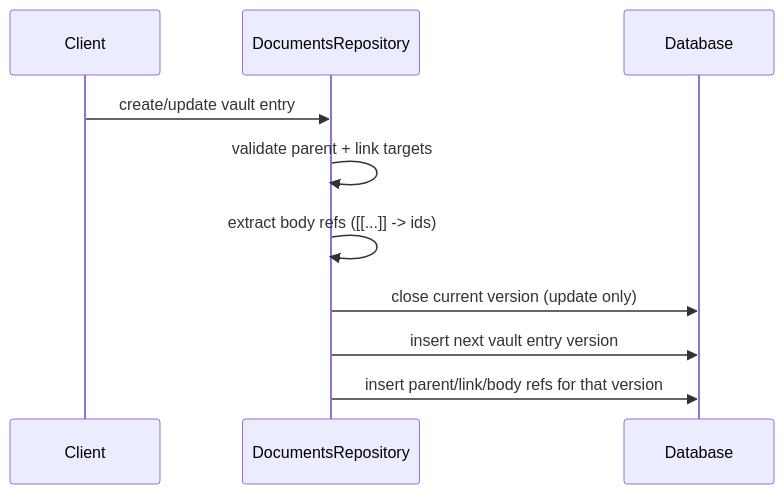
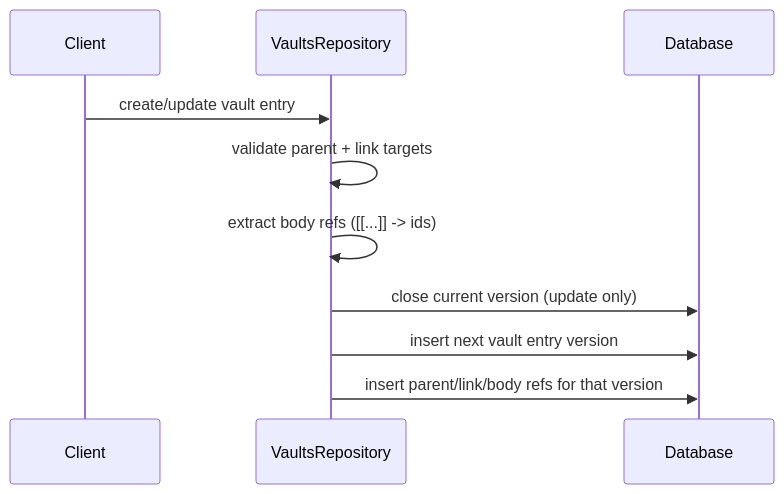
The third of 4 diagrams in doc/documents.md (ex3ndr/daycare), drawn with Mermaid before and after one commit. The commit also changed other lines of this file and 186 other files, not shown here.

````diff
--- a/doc/documents.md
+++ b/doc/documents.md
@@ -56,13 +56,13 @@
 ```mermaid
 sequenceDiagram
     participant Client
-    participant Repo as DocumentsRepository
+    participant Repo as VaultsRepository
     participant DB as Database
 
     Client->>Repo: create/update vault entry
     Repo->>Repo: validate parent + link targets
     Repo->>Repo: extract body refs ([[...]] -> ids)
     Repo->>DB: close current version (update only)
     Repo->>DB: insert next vault entry version
     Repo->>DB: insert parent/link/body refs for that version
 ```
````
